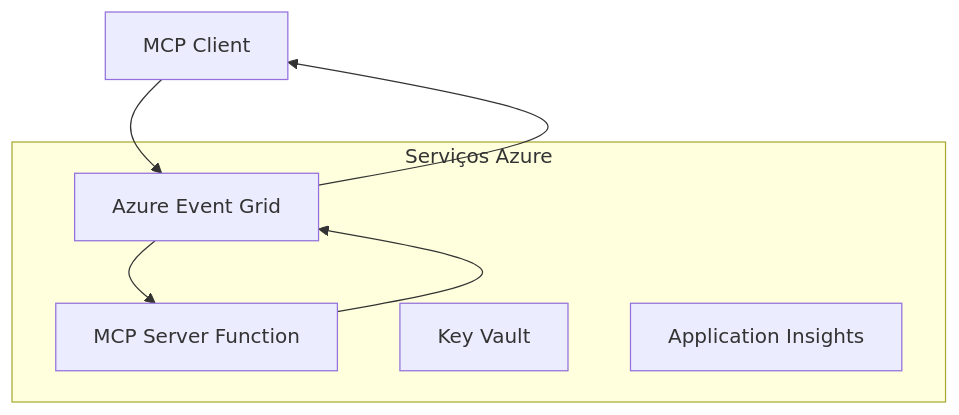
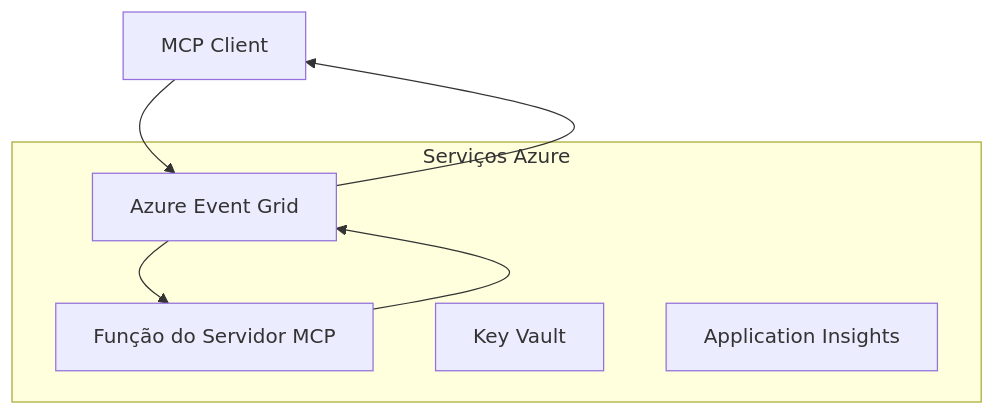
Before and after one commit to HIDORAKAI002/ai-workspace-archive: the first of 2 diagrams in mcp_ecosystem__model_context_protocol/mcp_learning_resources/mcp-for-beginners/translations/pt-BR/05-AdvancedTopics/mcp-transport/README.md, drawn with Mermaid. The commit also changed other lines of this file and 1539 other files, not shown here.

````diff
--- a/mcp_ecosystem__model_context_protocol/mcp_learning_resources/mcp-for-beginners/translations/pt-BR/05-AdvancedTopics/mcp-transport/README.md
+++ b/mcp_ecosystem__model_context_protocol/mcp_learning_resources/mcp-for-beginners/translations/pt-BR/05-AdvancedTopics/mcp-transport/README.md
@@ -58,14 +58,14 @@
 ```mermaid
 graph TB
     Client[MCP Client] --> EG[Azure Event Grid]
-    EG --> Server[MCP Server Function]
+    EG --> Server[Função do Servidor MCP]
     Server --> EG
     EG --> Client
     
     subgraph "Serviços Azure"
         EG
         Server
         KV[Key Vault]
         Monitor[Application Insights]
     end
 ```
````
